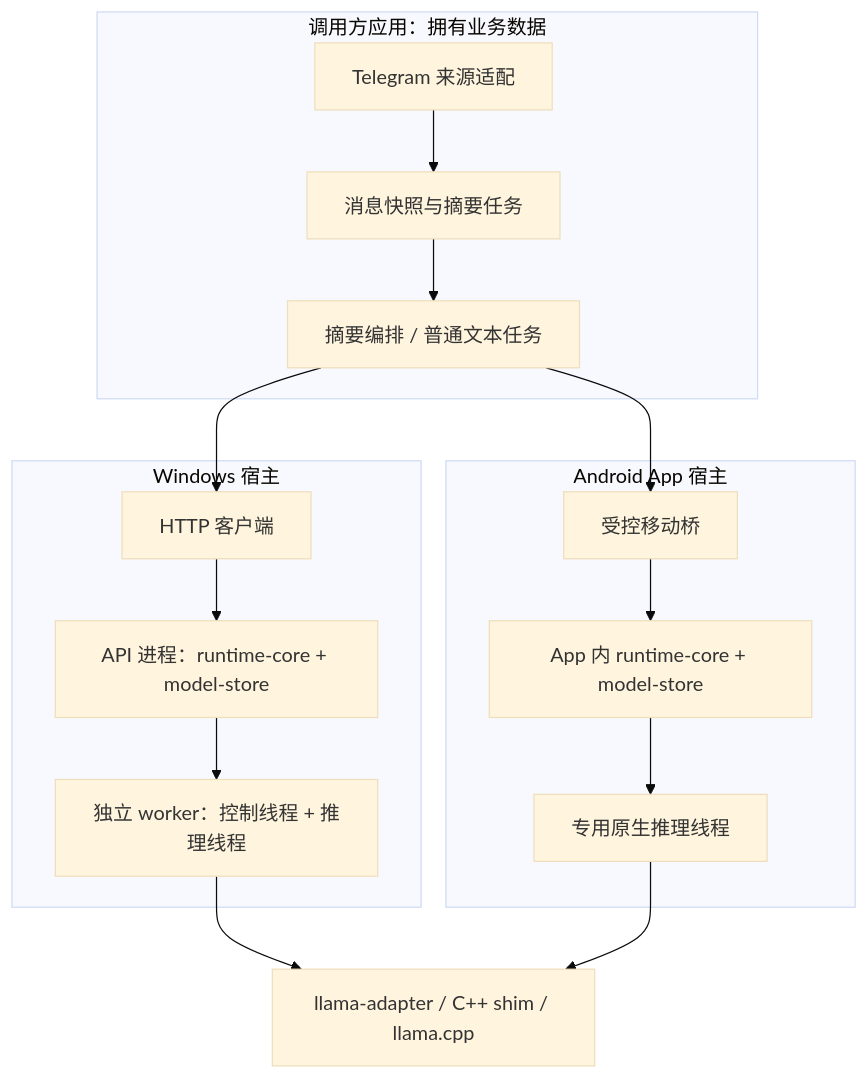
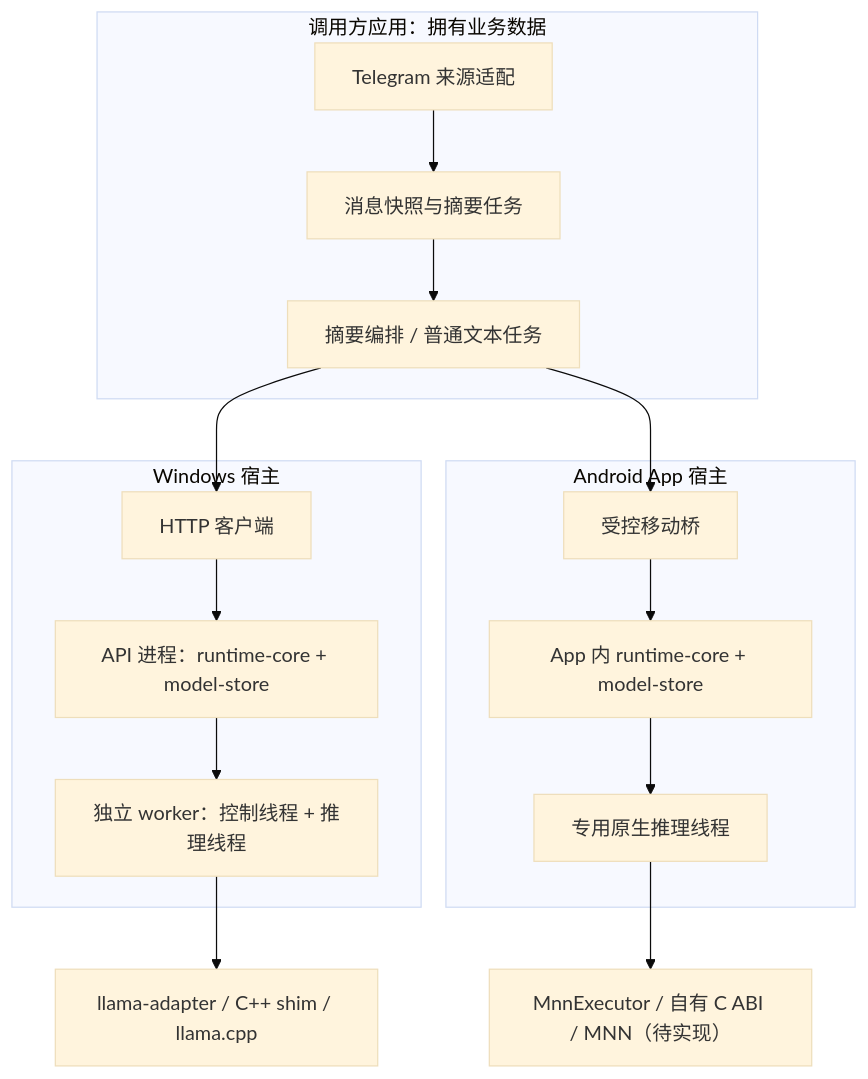
The diagram in docs/architecture.md (Naza3/Nexa), drawn with Mermaid (base theme) before and after one commit. The commit also changed other lines of this file and 12 other files, not shown here.

````diff
--- a/docs/architecture.md
+++ b/docs/architecture.md
@@ -17,25 +17,25 @@
 ```mermaid
 flowchart TB
   subgraph APP["调用方应用：拥有业务数据"]
     S["Telegram 来源适配"]
     H["消息快照与摘要任务"]
     O["摘要编排 / 普通文本任务"]
     S --> H --> O
   end
   subgraph PC["Windows 宿主"]
     P["HTTP 客户端"]
     A["API 进程：runtime-core + model-store"]
     W["独立 worker：控制线程 + 推理线程"]
     P --> A --> W
   end
   subgraph MOBILE["Android App 宿主"]
     B["受控移动桥"]
     C["App 内 runtime-core + model-store"]
     I["专用原生推理线程"]
     B --> C --> I
   end
   O --> P
   O --> B
   W --> L["llama-adapter / C++ shim / llama.cpp"]
-  I --> L
+  I --> M["MnnExecutor / 自有 C ABI / MNN（待实现）"]
 ```
````
